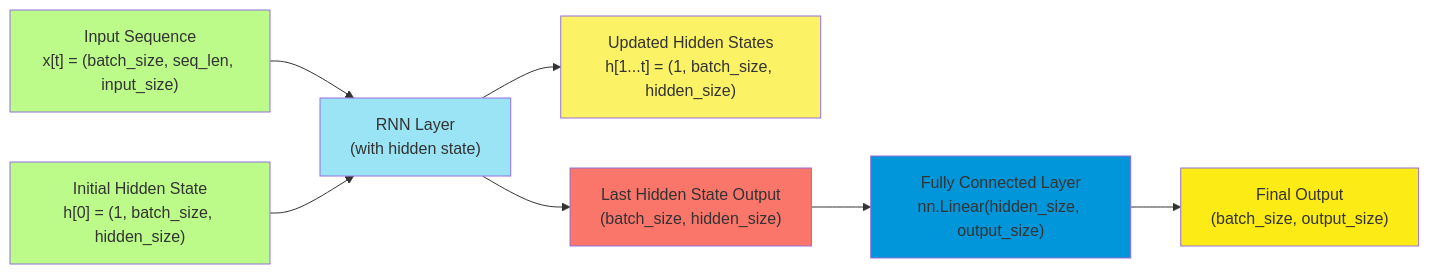
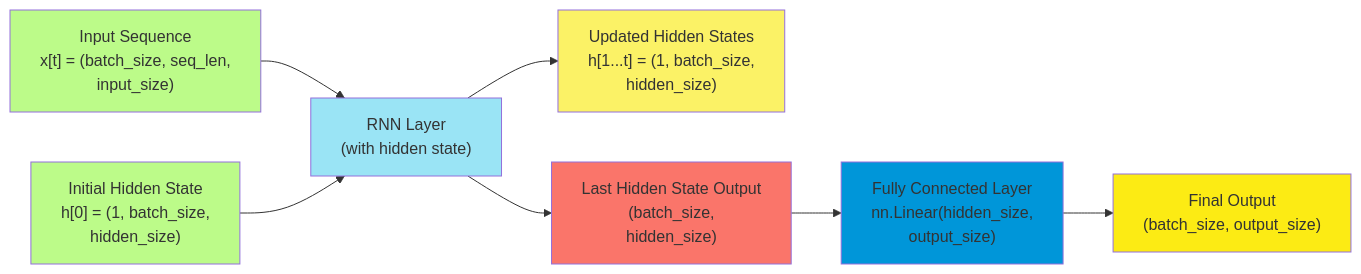
Before and after one commit to Chaklader/movie_sentiment_analysis: the second of 3 diagrams in C_1.md, drawn with Mermaid. The commit also changed other lines of this file, not shown here.

````diff
--- a/C_1.md
+++ b/C_1.md
@@ -1183,17 +1231,17 @@
 ```mermaid
 flowchart LR
-    Input["Input Sequence<br>x[t] = (batch_size, seq_len, input_size)"] --> RNN["RNN Layer<br>(with hidden state)"]
-    Hidden["Initial Hidden State<br>h[0] = (1, batch_size, hidden_size)"] --> RNN
-    RNN --> Updated["Updated Hidden States<br>h[1...t] = (1, batch_size, hidden_size)"]
-    RNN --> Last["Last Hidden State Output<br>(batch_size, hidden_size)"]
-    Last --> FC["Fully Connected Layer<br>nn.Linear(hidden_size, output_size)"]
+    Input["Input Sequence<br>x[t] = (batch_size, seq_len, <br>input_size)"] --> RNN["RNN Layer<br>(with hidden state)"]
+    Hidden["Initial Hidden State<br>h[0] = (1, batch_size, <br>hidden_size)"] --> RNN
+    RNN --> Updated["Updated Hidden States<br>h[1...t] = (1, batch_size, <br>hidden_size)"]
+    RNN --> Last["Last Hidden State Output<br>(batch_size, <br>hidden_size)"]
+    Last --> FC["Fully Connected Layer<br>nn.Linear(hidden_size, <br>output_size)"]
     FC --> Output["Final Output<br>(batch_size, output_size)"]
 
     style Input fill:#BCFB89
     style Hidden fill:#BCFB89
     style RNN fill:#9AE4F5
     style Updated fill:#FBF266
     style Last fill:#FA756A
     style FC fill:#0096D9
     style Output fill:#FCEB14
 ```
````
